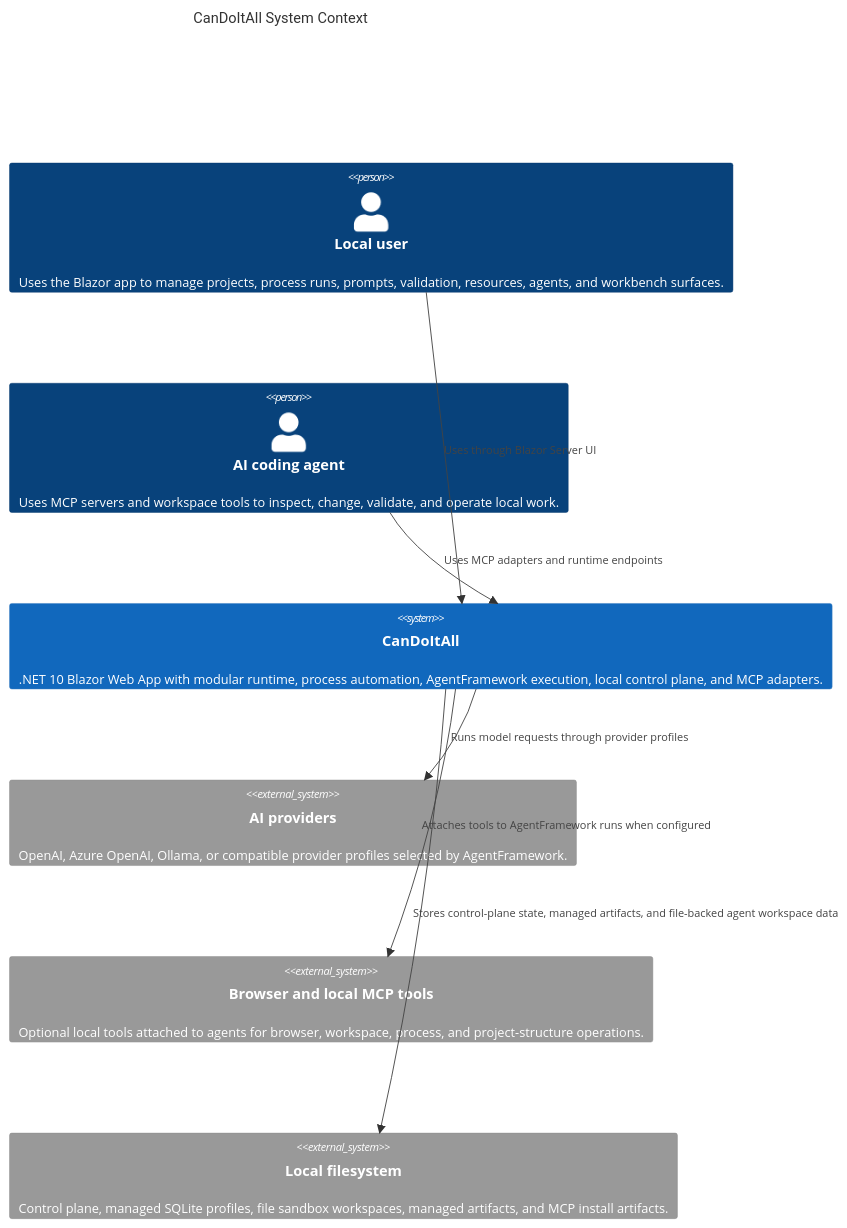
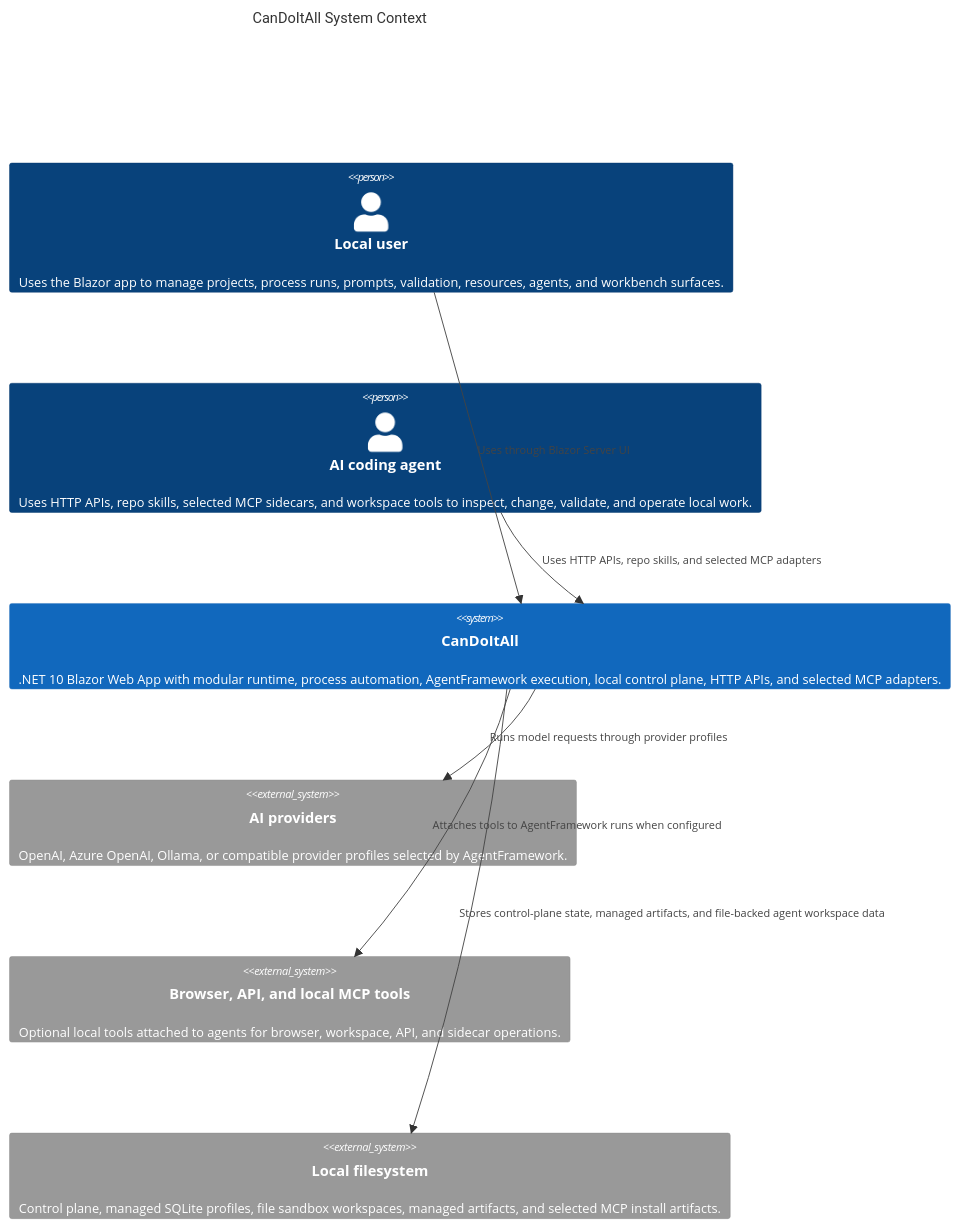
Before and after one commit to fyziktom/CanDoItAll: the second of 8 diagrams in docs/architecture-beta.md, drawn with Mermaid. The commit also changed other lines of this file and 29 other files, not shown here.

````diff
--- a/docs/architecture-beta.md
+++ b/docs/architecture-beta.md
@@ -74,16 +58,16 @@
 ```mermaid
 C4Context
 title CanDoItAll System Context
 Person(user, "Local user", "Uses the Blazor app to manage projects, process runs, prompts, validation, resources, agents, and workbench surfaces.")
-Person(agentClient, "AI coding agent", "Uses MCP servers and workspace tools to inspect, change, validate, and operate local work.")
-System(canDoItAll, "CanDoItAll", ".NET 10 Blazor Web App with modular runtime, process automation, AgentFramework execution, local control plane, and MCP adapters.")
+Person(agentClient, "AI coding agent", "Uses HTTP APIs, repo skills, selected MCP sidecars, and workspace tools to inspect, change, validate, and operate local work.")
+System(canDoItAll, "CanDoItAll", ".NET 10 Blazor Web App with modular runtime, process automation, AgentFramework execution, local control plane, HTTP APIs, and selected MCP adapters.")
 System_Ext(provider, "AI providers", "OpenAI, Azure OpenAI, Ollama, or compatible provider profiles selected by AgentFramework.")
-System_Ext(browserMcp, "Browser and local MCP tools", "Optional local tools attached to agents for browser, workspace, process, and project-structure operations.")
-System_Ext(fileSystem, "Local filesystem", "Control plane, managed SQLite profiles, file sandbox workspaces, managed artifacts, and MCP install artifacts.")
+System_Ext(localTools, "Browser, API, and local MCP tools", "Optional local tools attached to agents for browser, workspace, API, and sidecar operations.")
+System_Ext(fileSystem, "Local filesystem", "Control plane, managed SQLite profiles, file sandbox workspaces, managed artifacts, and selected MCP install artifacts.")
 
 Rel(user, canDoItAll, "Uses through Blazor Server UI")
-Rel(agentClient, canDoItAll, "Uses MCP adapters and runtime endpoints")
+Rel(agentClient, canDoItAll, "Uses HTTP APIs, repo skills, and selected MCP adapters")
 Rel(canDoItAll, provider, "Runs model requests through provider profiles")
-Rel(canDoItAll, browserMcp, "Attaches tools to AgentFramework runs when configured")
+Rel(canDoItAll, localTools, "Attaches tools to AgentFramework runs when configured")
 Rel(canDoItAll, fileSystem, "Stores control-plane state, managed artifacts, and file-backed agent workspace data")
 ```
````
